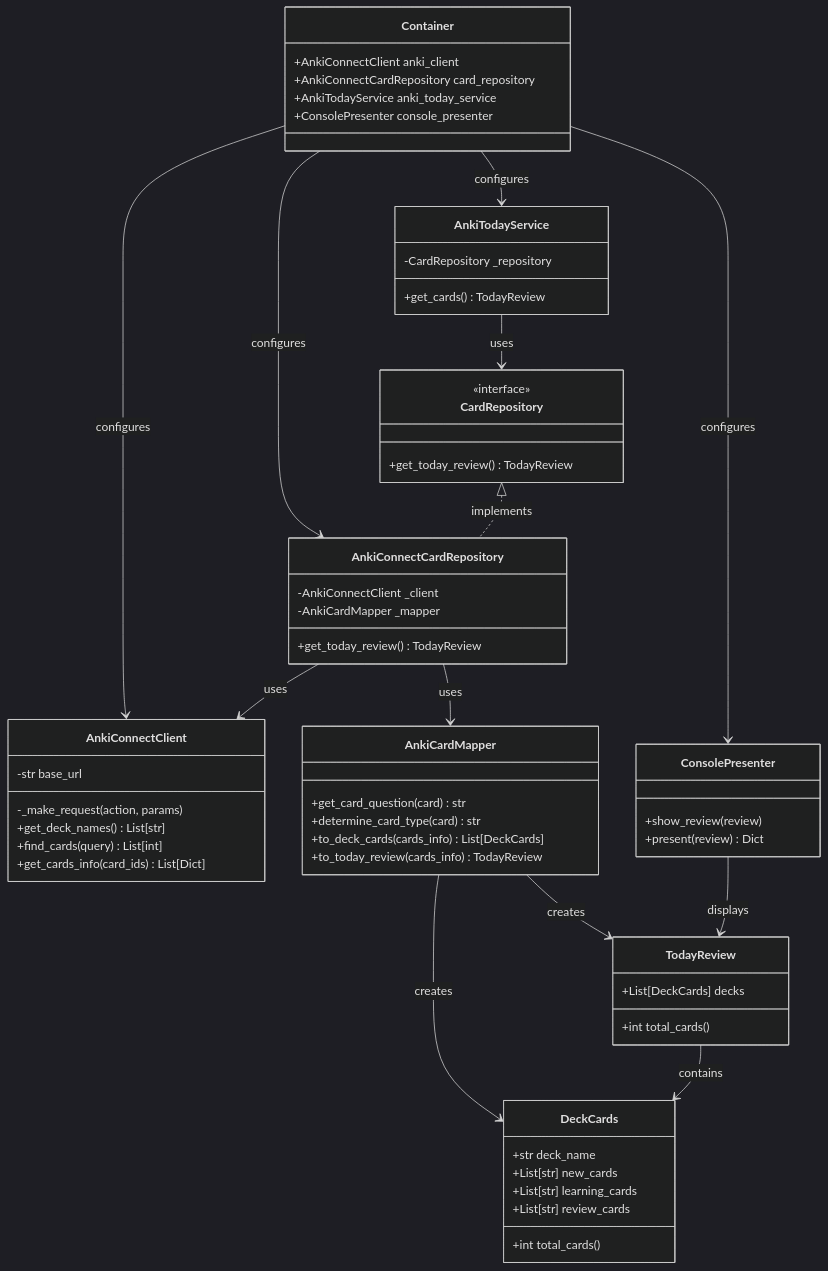
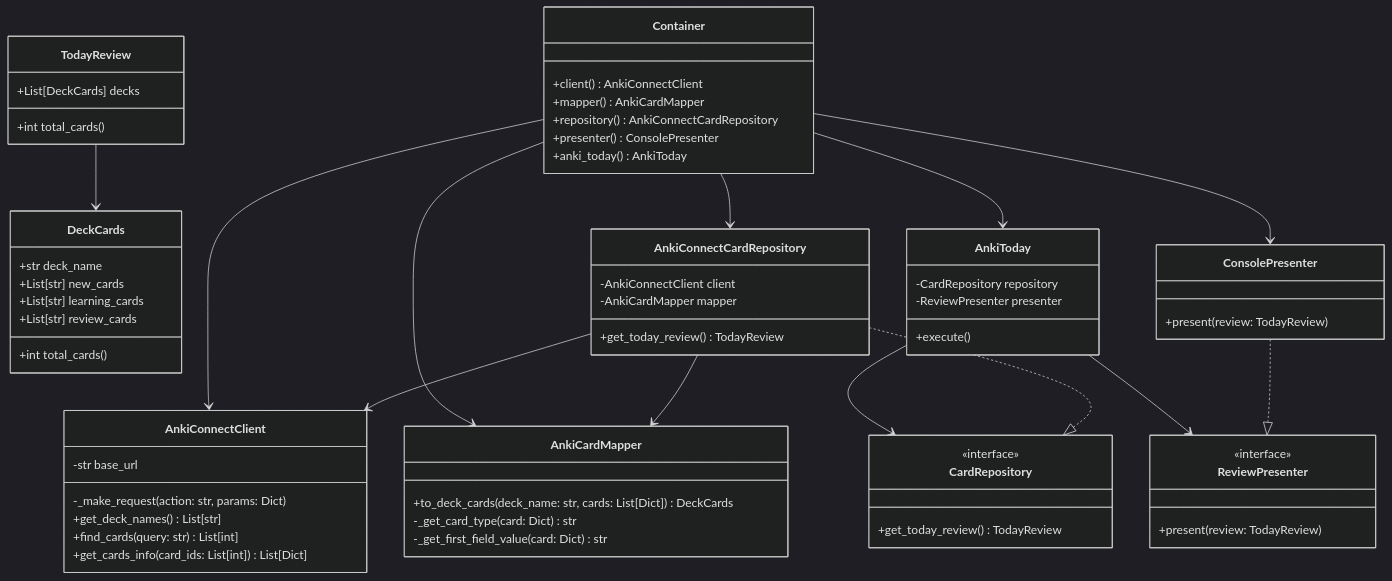
One commit to gordonsh24/anki changed the diagram in docs/class_diagram.md. Above: the diagram before and after it, drawn with Mermaid (dark theme).

Commit message:
Add class diagram documenting current architecture

````diff
--- a/docs/class_diagram.md
+++ b/docs/class_diagram.md
@@ -1,6 +1,6 @@
 ```mermaid
 classDiagram
-    %% Core Layer (Domain)
+    %% Core Layer - Domain Entities
     class DeckCards {
         +str deck_name
         +List[str] new_cards
@@ -12,81 +12,76 @@
         +List[DeckCards] decks
         +int total_cards()
     }
+
+    %% Core Layer - Ports/Interfaces
     class CardRepository {
         <<interface>>
         +get_today_review() TodayReview
+    }
+    class ReviewPresenter {
+        <<interface>>
+        +present(review: TodayReview)
     }
 
     %% Infrastructure Layer
     class AnkiConnectClient {
         -str base_url
-        -_make_request(action, params)
+        -_make_request(action: str, params: Dict)
         +get_deck_names() List[str]
-        +find_cards(query) List[int]
-        +get_cards_info(card_ids) List[Dict]
+        +find_cards(query: str) List[int]
+        +get_cards_info(card_ids: List[int]) List[Dict]
     }
     class AnkiCardMapper {
-        +get_card_question(card) str
-        +determine_card_type(card) str
-        +to_deck_cards(cards_info) List[DeckCards]
-        +to_today_review(cards_info) TodayReview
+        +to_deck_cards(deck_name: str, cards: List[Dict]) DeckCards
+        -_get_card_type(card: Dict) str
+        -_get_first_field_value(card: Dict) str
     }
     class AnkiConnectCardRepository {
-        -AnkiConnectClient _client
-        -AnkiCardMapper _mapper
+        -AnkiConnectClient client
+        -AnkiCardMapper mapper
         +get_today_review() TodayReview
     }
 
     %% Application Layer
-    class AnkiTodayService {
-        -CardRepository _repository
-        +get_cards() TodayReview
+    class AnkiToday {
+        -CardRepository repository
+        -ReviewPresenter presenter
+        +execute()
     }
     class ConsolePresenter {
-        +show_review(review)
-        +present(review) Dict
+        +present(review: TodayReview)
     }
     class Container {
-        +AnkiConnectClient anki_client
-        +AnkiConnectCardRepository card_repository
-        +AnkiTodayService anki_today_service
-        +ConsolePresenter console_presenter
+        +client() AnkiConnectClient
+        +mapper() AnkiCardMapper
+        +repository() AnkiConnectCardRepository
+        +presenter() ConsolePresenter
+        +anki_today() AnkiToday
     }
 
     %% Relationships
-    CardRepository <|.. AnkiConnectCardRepository : implements
-    AnkiConnectCardRepository --> AnkiConnectClient : uses
-    AnkiConnectCardRepository --> AnkiCardMapper : uses
-    AnkiCardMapper --> DeckCards : creates
-    AnkiCardMapper --> TodayReview : creates
-    AnkiTodayService --> CardRepository : uses
-    ConsolePresenter --> TodayReview : displays
-    Container --> AnkiConnectClient : configures
-    Container --> AnkiConnectCardRepository : configures
-    Container --> AnkiTodayService : configures
-    Container --> ConsolePresenter : configures
-    TodayReview --> DeckCards : contains
+    TodayReview --> DeckCards
+    AnkiConnectCardRepository ..|> CardRepository
+    ConsolePresenter ..|> ReviewPresenter
+    AnkiConnectCardRepository --> AnkiConnectClient
+    AnkiConnectCardRepository --> AnkiCardMapper
+    AnkiToday --> CardRepository
+    AnkiToday --> ReviewPresenter
+    Container --> AnkiConnectClient
+    Container --> AnkiCardMapper
+    Container --> AnkiConnectCardRepository
+    Container --> ConsolePresenter
+    Container --> AnkiToday
 
-%% Explanatory Comments
-%% The application follows a clean architecture with three main layers:
-%% 1. Core (Domain) Layer:
-%%    - Contains domain entities (DeckCards, TodayReview)
-%%    - Defines interfaces (CardRepository)
-%%    - Has no dependencies on other layers
+%% Comments explaining the architecture
+%% The application follows Clean Architecture principles with three main layers:
+%% 1. Core Layer: Contains domain entities (DeckCards, TodayReview) and interfaces (CardRepository, ReviewPresenter)
+%% 2. Infrastructure Layer: Contains implementations for external services (AnkiConnect) and data mapping
+%% 3. Application Layer: Contains use cases, presentation logic, and dependency injection
 %%
-%% 2. Infrastructure Layer:
-%%    - Implements core interfaces
-%%    - Handles external communication (AnkiConnectClient)
-%%    - Maps external data to domain entities (AnkiCardMapper)
-%%
-%% 3. Application Layer:
-%%    - Orchestrates use cases (AnkiTodayService)
-%%    - Handles presentation (ConsolePresenter)
-%%    - Manages dependencies (Container)
-%%
-%% Key Design Patterns:
-%% - Repository Pattern: Abstracts data access
-%% - Mapper Pattern: Handles data transformation
-%% - Dependency Injection: Manages dependencies
-%% - Presenter Pattern: Separates display logic
+%% Key patterns used:
+%% - Repository Pattern: For data access abstraction
+%% - Mapper Pattern: For data transformation
+%% - Dependency Injection: For loose coupling
+%% - Presenter Pattern: For presentation logic separation
 ``` 
````
